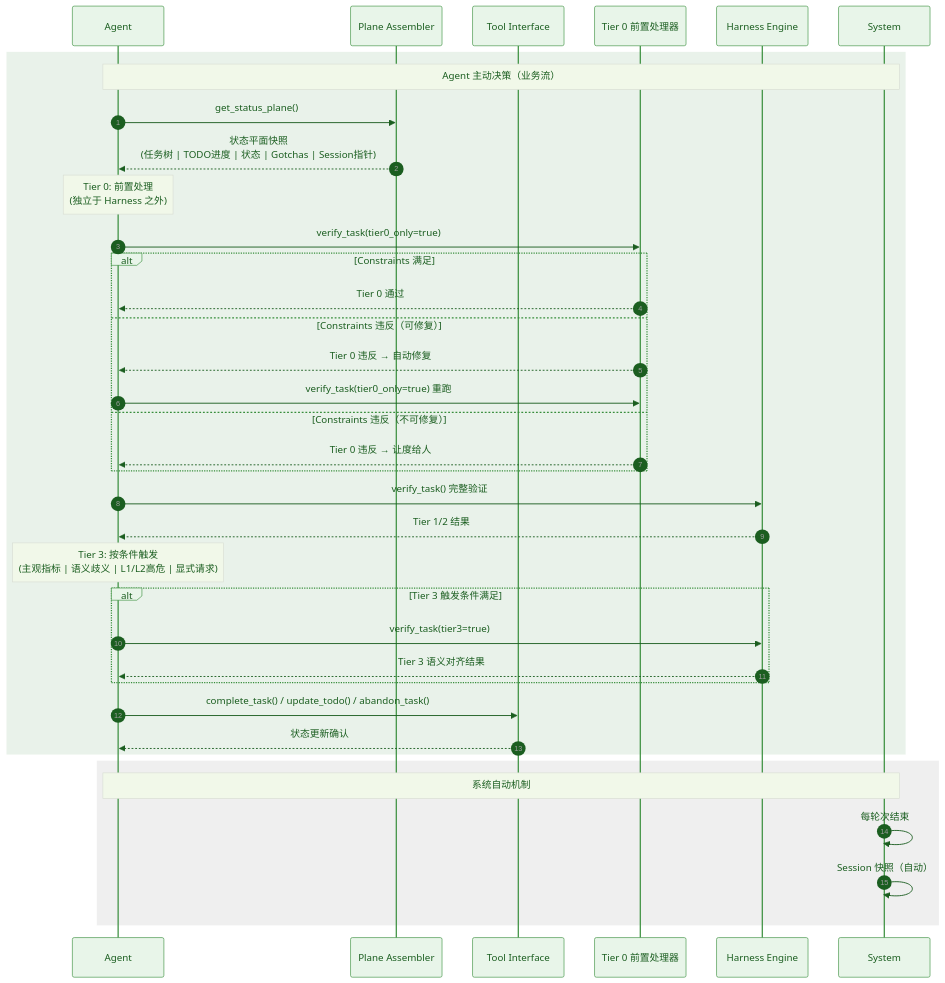
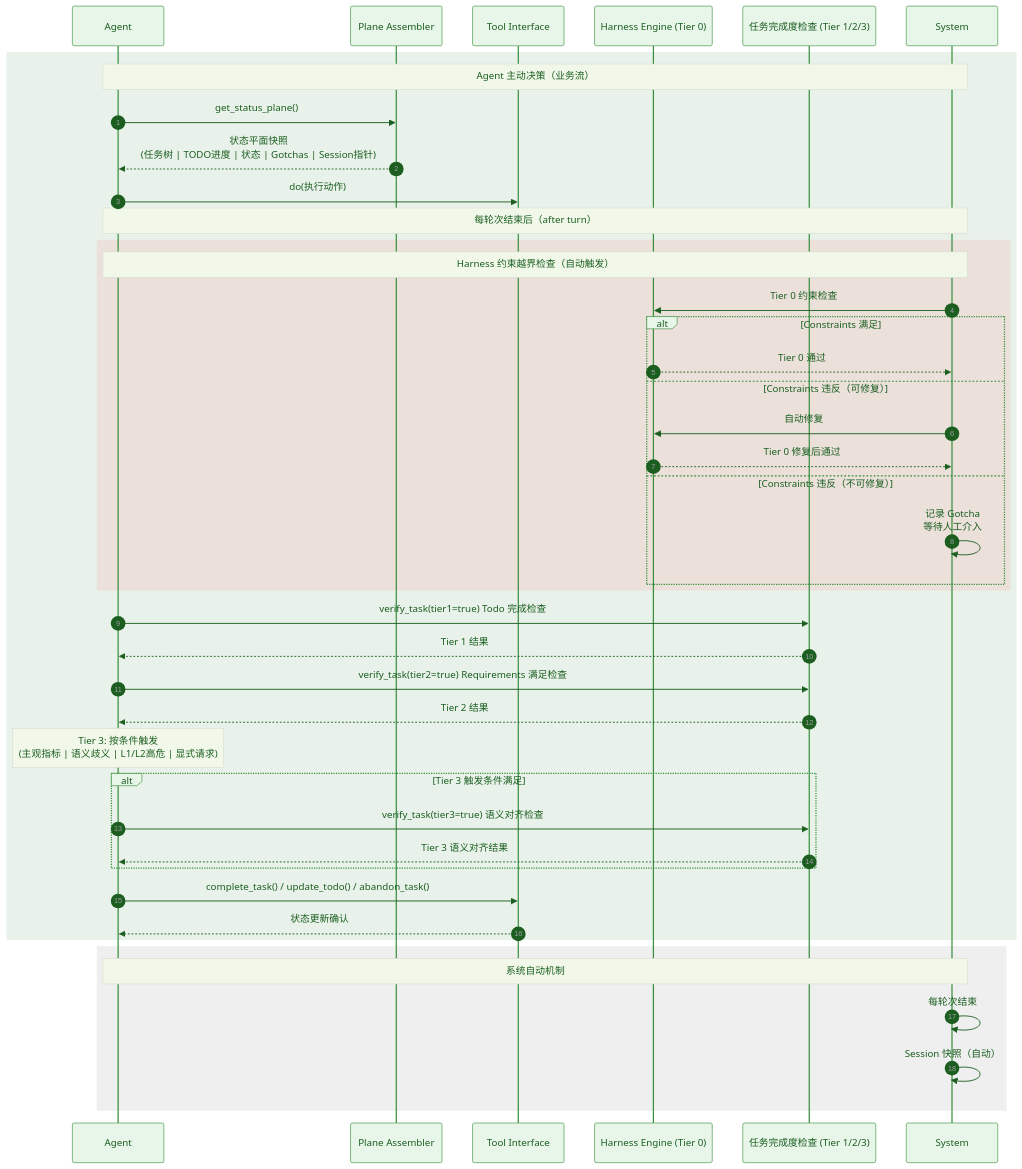
Diagram 13 of 13 in docs/spec.md (Lazyn0tBug/mem0ress), drawn with Mermaid before and after one commit. The commit also changed other lines of this file, not shown here.

First line of the commit message:
refactor(spec): 重建 Tier 0 语义——after-turn 自动触发，属于 Harness；Tier 1/2/3 剥离为任务完成度检查

````diff
--- a/docs/spec.md
+++ b/docs/spec.md
@@ -821,47 +826,55 @@
 ```mermaid
 %% label：Agent 驱动的业务闭环
 %%{ init: { 'theme': 'base', 'themeVariables': { 'primaryColor': '#e8f5e9', 'primaryTextColor': '#1b5e20', 'primaryBorderColor': '#388e3c', 'lineColor': '#616161', 'noteBkgColor': '#f1f8e9', 'noteTextColor': '#1b5e20' } } }%%
 sequenceDiagram
     autonumber
     participant Agent
     participant PA as Plane Assembler
     participant TI as Tool Interface
-    participant T0 as Tier 0 前置处理器
-    participant HE as Harness Engine
+    participant HE as Harness Engine (Tier 0)
+    participant VC as 任务完成度检查 (Tier 1/2/3)
     participant System
 
     rect rgba(46, 125, 50, 0.1)
         Note over Agent,System: Agent 主动决策（业务流）
         Agent->>PA: get_status_plane()
         PA-->>Agent: 状态平面快照<br/>(任务树 | TODO进度 | 状态 | Gotchas | Session指针)
 
-        Note over Agent: Tier 0: 前置处理<br/>(独立于 Harness 之外)
-        Agent->>T0: verify_task(tier0_only=true)
-        alt Constraints 满足
-            T0-->>Agent: Tier 0 通过
-        else Constraints 违反（可修复）
-            T0-->>Agent: Tier 0 违反 → 自动修复
-            Agent->>T0: verify_task(tier0_only=true) 重跑
-        else Constraints 违反（不可修复）
-            T0-->>Agent: Tier 0 违反 → 让度给人
+        Agent->>TI: do(执行动作)
+
+        Note over Agent,System: 每轮次结束后（after turn）
+        rect rgba(239, 154, 154, 0.2)
+            Note over Agent,System: Harness 约束越界检查（自动触发）
+            System->>HE: Tier 0 约束检查
+            alt Constraints 满足
+                HE-->>System: Tier 0 通过
+            else Constraints 违反（可修复）
+                System->>HE: 自动修复
+                HE-->>System: Tier 0 修复后通过
+            else Constraints 违反（不可修复）
+                System->>System: 记录 Gotcha<br/>等待人工介入
+            end
         end
 
-        Agent->>HE: verify_task() 完整验证
-        HE-->>Agent: Tier 1/2 结果
+        Agent->>VC: verify_task(tier1=true) Todo 完成检查
+        VC-->>Agent: Tier 1 结果
+
+        Agent->>VC: verify_task(tier2=true) Requirements 满足检查
+        VC-->>Agent: Tier 2 结果
 
         Note over Agent: Tier 3: 按条件触发<br/>(主观指标 | 语义歧义 | L1/L2高危 | 显式请求)
         alt Tier 3 触发条件满足
-            Agent->>HE: verify_task(tier3=true)
-            HE-->>Agent: Tier 3 语义对齐结果
+            Agent->>VC: verify_task(tier3=true) 语义对齐检查
+            VC-->>Agent: Tier 3 语义对齐结果
         end
 
         Agent->>TI: complete_task() / update_todo() / abandon_task()
         TI-->>Agent: 状态更新确认
     end
 
     rect rgba(100, 100, 100, 0.1)
         Note over Agent,System: 系统自动机制
         System->>System: 每轮次结束
         System->>System: Session 快照（自动）
     end
 ```
````
